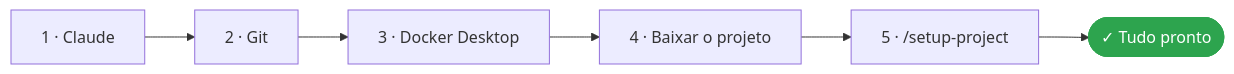
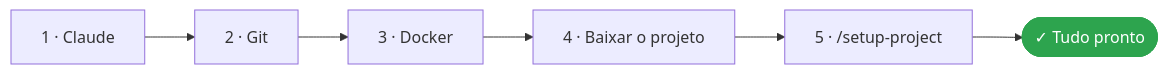
One commit to Blueydata/ai-dev-foundation changed the diagram in PREREQUISITES.md. Above: the diagram before and after it, drawn with Mermaid. The commit also changed other lines of this file and 3 other files, not shown here.

````diff
--- a/PREREQUISITES.md
+++ b/PREREQUISITES.md
@@ -10,5 +10,5 @@
 ```mermaid
 flowchart LR
-    A["1 · Claude"] --> B["2 · Git"] --> C["3 · Docker Desktop"] --> D["4 · Baixar o projeto"] --> E["5 · /setup-project"] --> F(["✓ Tudo pronto"])
+    A["1 · Claude"] --> B["2 · Git"] --> C["3 · Docker"] --> D["4 · Baixar o projeto"] --> E["5 · /setup-project"] --> F(["✓ Tudo pronto"])
     style F fill:#2da44e,color:#fff,stroke:#2da44e
 ```
````
